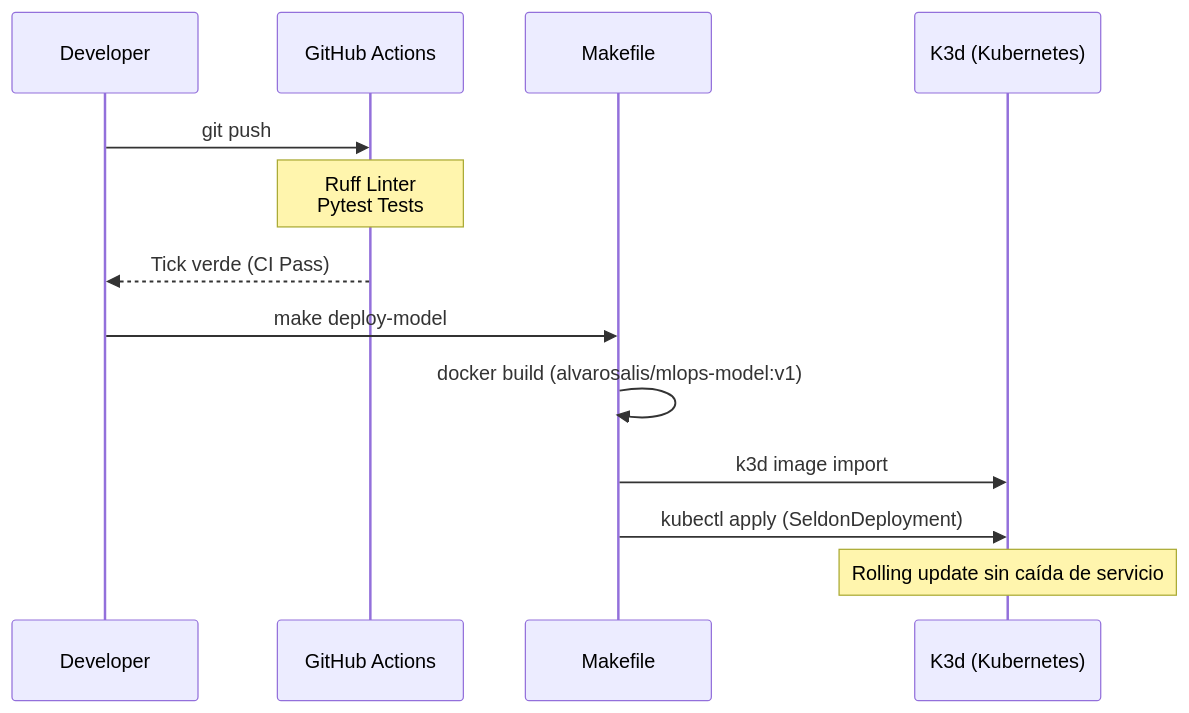
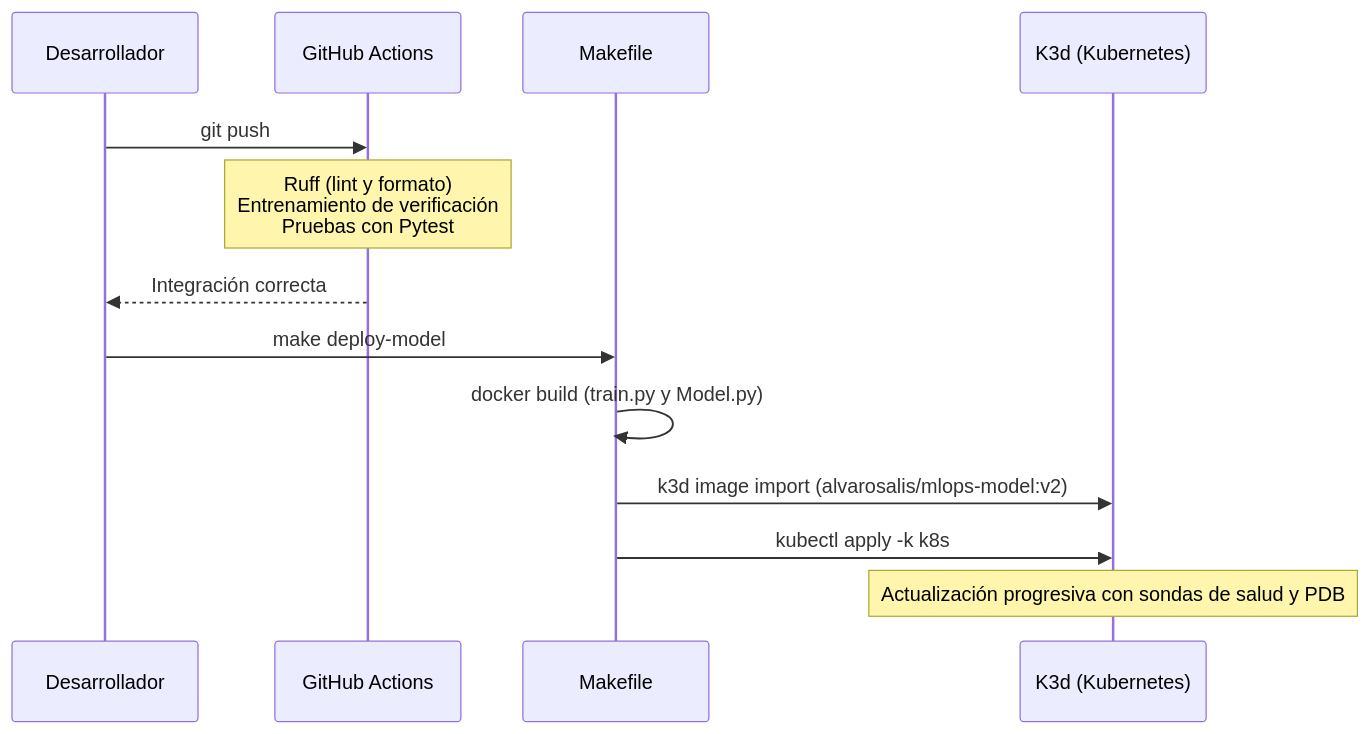
The second of 2 diagrams in README.md (alvvos/K3d-Seldon-MLops-Drift), drawn with Mermaid before and after one commit. The commit also changed other lines of this file and 33 other files, not shown here.

````diff
--- a/README.md
+++ b/README.md
@@ -35,17 +75,17 @@
 ```mermaid
 sequenceDiagram
-    participant Dev as Developer
+    participant Dev as Desarrollador
     participant Git as GitHub Actions
     participant Make as Makefile
     participant K8s as K3d (Kubernetes)
 
     Dev->>Git: git push
-    Note over Git: Ruff Linter<br/>Pytest Tests
-    Git-->>Dev: Tick verde (CI Pass)
-    
+    Note over Git: Ruff (lint y formato)<br/>Entrenamiento de verificación<br/>Pruebas con Pytest
+    Git-->>Dev: Integración correcta
+
     Dev->>Make: make deploy-model
-    Make->>Make: docker build (alvarosalis/mlops-model:v1)
-    Make->>K8s: k3d image import
-    Make->>K8s: kubectl apply (SeldonDeployment)
-    Note over K8s: Rolling update sin caída de servicio
+    Make->>Make: docker build (train.py y Model.py)
+    Make->>K8s: k3d image import (alvarosalis/mlops-model:v2)
+    Make->>K8s: kubectl apply -k k8s
+    Note over K8s: Actualización progresiva con sondas de salud y PDB
 ```
````
